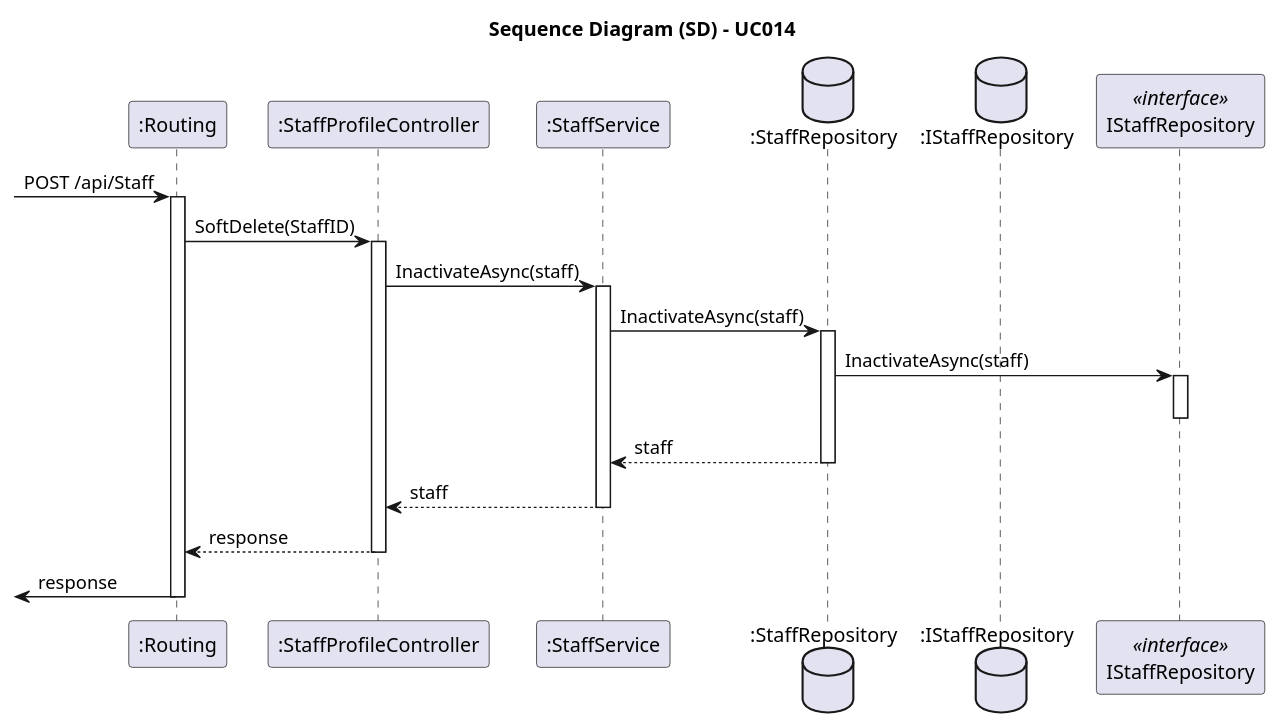
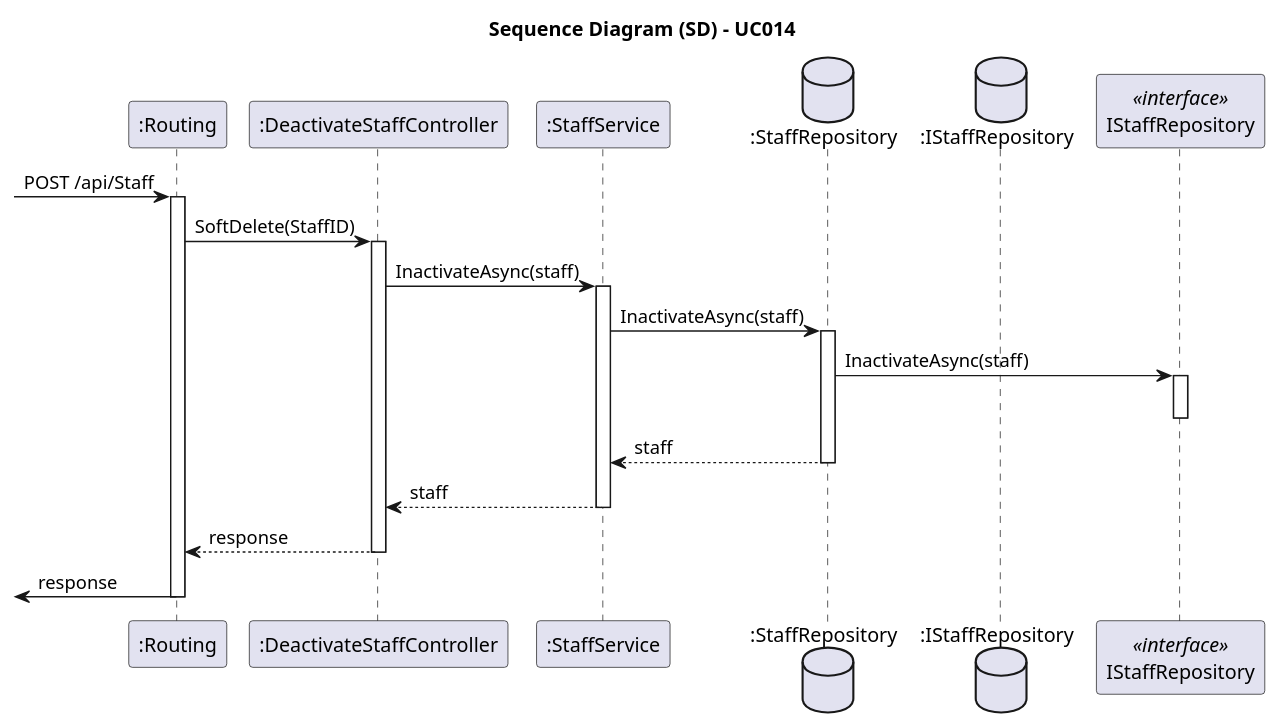
The diagram in docs/SprintA/UseCases/UC014/03.design/puml/uc014-sequence-diagram.puml (1221124/sem5pi-24-25-g031), drawn with PlantUML before and after one commit. The commit also changed 4 other files, not shown here.

First line of the commit message:
#16 UC014: Design - Sequence diagram and Readme.md file created

```diff
--- a/docs/SprintA/UseCases/UC014/03.design/puml/uc014-sequence-diagram.puml
+++ b/docs/SprintA/UseCases/UC014/03.design/puml/uc014-sequence-diagram.puml
@@ -1,45 +1,45 @@
 @startuml
 skinparam packageStyle rectangle
 skinparam shadowing false
 skinparam linetype polyline
 
 skinparam classAttributeIconSize 0
 
 title Sequence Diagram (SD) - UC014
 
 participant ":Routing" as Routing
-participant ":StaffProfileController" as Controller
+participant ":DeactivateStaffController" as Controller
 participant ":StaffService" as Service
 database ":StaffRepository" as Repository
 database ":IStaffRepository" as IRepository
 participant IStaffRepository as InterfaceStaffRepository <<interface>>
 
 -> Routing: POST /api/Staff
 activate Routing
 
 Routing -> Controller: SoftDelete(StaffID)
 activate Controller
 
     Controller -> Service: InactivateAsync(staff)
     activate Service
 
         Service -> Repository: InactivateAsync(staff)
         activate Repository
 
             Repository -> InterfaceStaffRepository: InactivateAsync(staff)
             activate InterfaceStaffRepository
             deactivate InterfaceStaffRepository
 
         Repository --> Service: staff
         deactivate Repository
 
     Service --> Controller: staff
     deactivate Service
 
 Controller --> Routing: response 
 deactivate Controller
 
 <- Routing: response
 deactivate Routing
 
 @enduml
```
